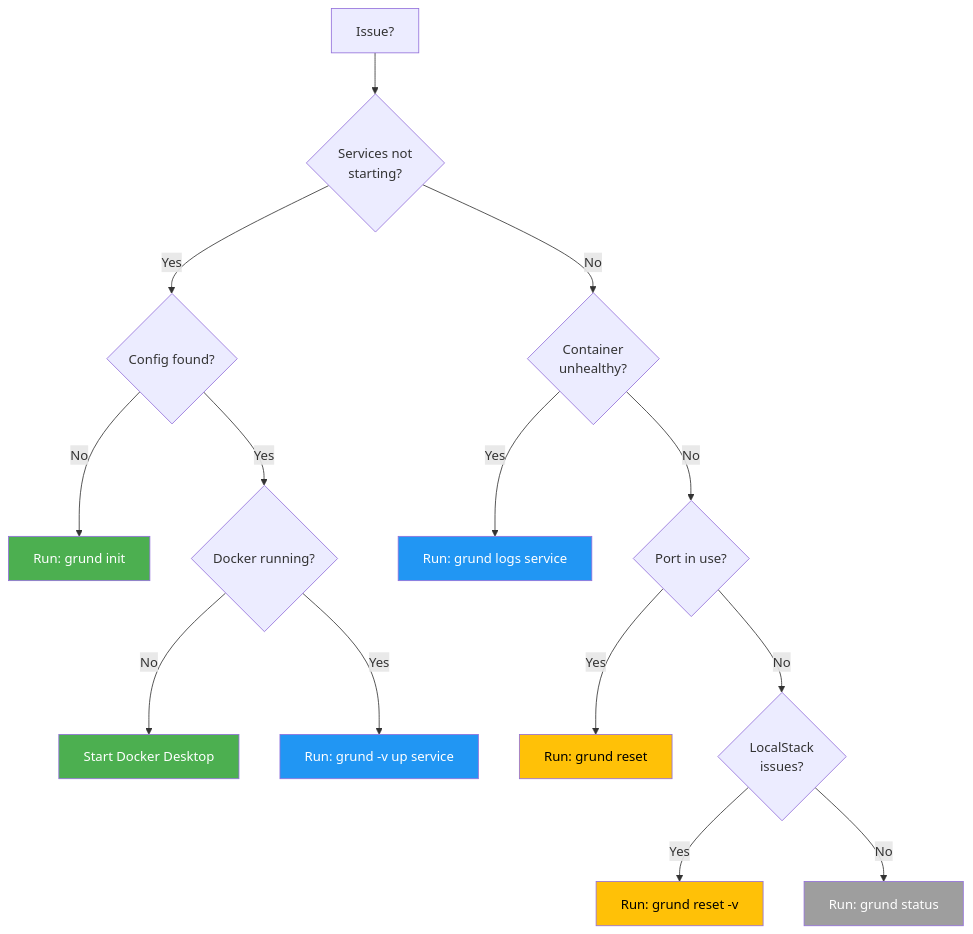
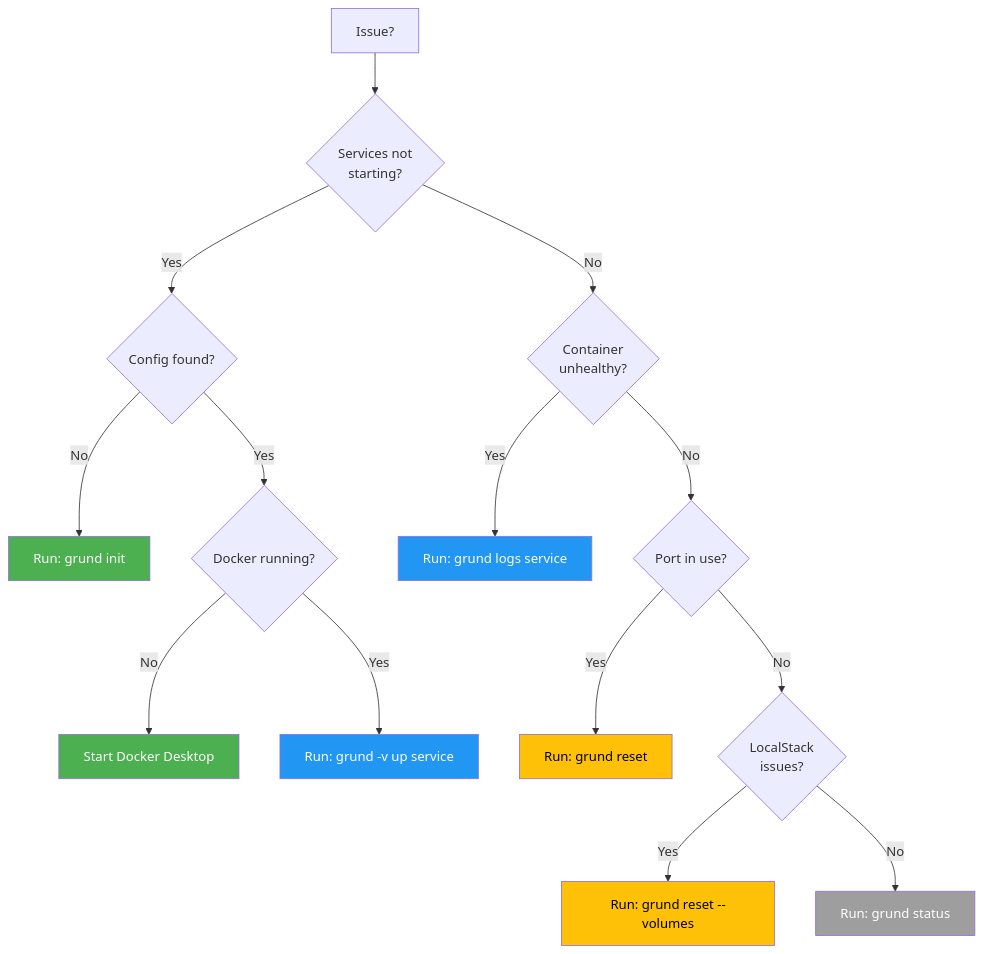
Before and after one commit to GrundIO/grund: the first of 2 diagrams in README.md, drawn with Mermaid. The commit also changed other lines of this file and 2 other files, not shown here.

First line of the commit message:
fix: Remove -v shorthand from 'grund reset --volumes' (#35)

````diff
--- a/README.md
+++ b/README.md
@@ -376,28 +376,28 @@
 ```mermaid
 flowchart TD
     A[Issue?] --> B{Services not<br/>starting?}
     B -->|Yes| C{Config found?}
     C -->|No| D["Run: grund init"]
     C -->|Yes| E{Docker running?}
     E -->|No| F[Start Docker Desktop]
     E -->|Yes| G["Run: grund -v up service"]
 
     B -->|No| H{Container<br/>unhealthy?}
     H -->|Yes| I["Run: grund logs service"]
 
     H -->|No| J{Port in use?}
     J -->|Yes| K["Run: grund reset"]
 
     J -->|No| L{LocalStack<br/>issues?}
-    L -->|Yes| M["Run: grund reset -v"]
+    L -->|Yes| M["Run: grund reset --volumes"]
 
     L -->|No| N["Run: grund status"]
 
     style D fill:#4CAF50,color:#fff
     style F fill:#4CAF50,color:#fff
     style G fill:#2196F3,color:#fff
     style I fill:#2196F3,color:#fff
     style K fill:#FFC107,color:#000
     style M fill:#FFC107,color:#000
     style N fill:#9E9E9E,color:#fff
 ```
````
